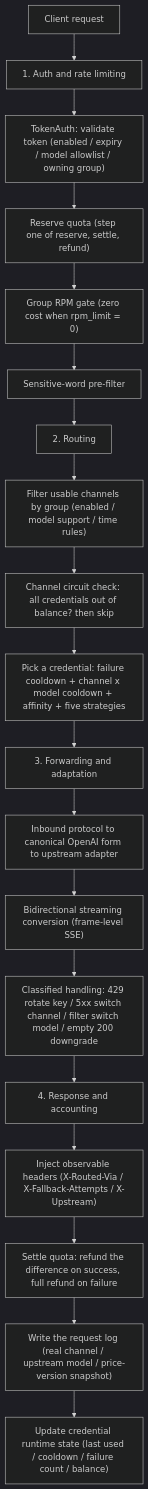
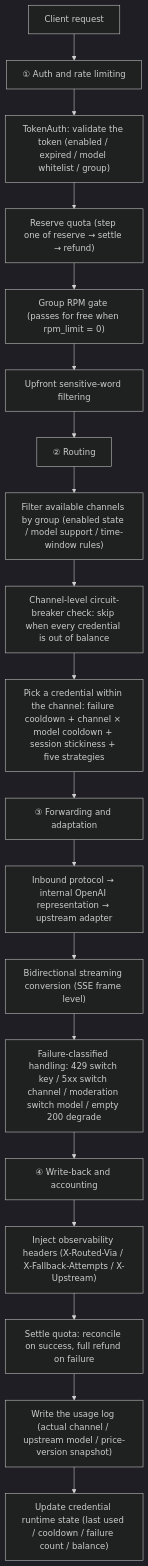
Before and after one commit to Apollohzl/AQUA-API: the fourth of 5 diagrams in README.en.md, drawn with Mermaid (dark theme). The commit also changed other lines of this file and 5 other files, not shown here.

````diff
--- a/README.en.md
+++ b/README.en.md
@@ -364,24 +364,24 @@
 ```mermaid
 flowchart TD
-    S["Client request"] --> P1["1. Auth and rate limiting"]
-    P1 --> P1a["TokenAuth: validate token (enabled / expiry / model allowlist / owning group)"]
-    P1a --> P1b["Reserve quota (step one of reserve, settle, refund)"]
-    P1b --> P1c["Group RPM gate (zero cost when rpm_limit = 0)"]
-    P1c --> P1d["Sensitive-word pre-filter"]
+    S["Client request"] --> P1["① Auth and rate limiting"]
+    P1 --> P1a["TokenAuth: validate the token (enabled / expired / model whitelist / group)"]
+    P1a --> P1b["Reserve quota (step one of reserve → settle → refund)"]
+    P1b --> P1c["Group RPM gate (passes for free when rpm_limit = 0)"]
+    P1c --> P1d["Upfront sensitive-word filtering"]
 
-    P1d --> P2["2. Routing"]
-    P2 --> P2a["Filter usable channels by group (enabled / model support / time rules)"]
-    P2a --> P2b["Channel circuit check: all credentials out of balance? then skip"]
-    P2b --> P2c["Pick a credential: failure cooldown + channel x model cooldown + affinity + five strategies"]
+    P1d --> P2["② Routing"]
+    P2 --> P2a["Filter available channels by group (enabled state / model support / time-window rules)"]
+    P2a --> P2b["Channel-level circuit-breaker check: skip when every credential is out of balance"]
+    P2b --> P2c["Pick a credential within the channel: failure cooldown + channel × model cooldown + session stickiness + five strategies"]
 
-    P2c --> P3["3. Forwarding and adaptation"]
-    P3 --> P3a["Inbound protocol to canonical OpenAI form to upstream adapter"]
-    P3a --> P3b["Bidirectional streaming conversion (frame-level SSE)"]
-    P3b --> P3c["Classified handling: 429 rotate key / 5xx switch channel / filter switch model / empty 200 downgrade"]
+    P2c --> P3["③ Forwarding and adaptation"]
+    P3 --> P3a["Inbound protocol → internal OpenAI representation → upstream adapter"]
+    P3a --> P3b["Bidirectional streaming conversion (SSE frame level)"]
+    P3b --> P3c["Failure-classified handling: 429 switch key / 5xx switch channel / moderation switch model / empty 200 degrade"]
 
-    P3c --> P4["4. Response and accounting"]
-    P4 --> P4a["Inject observable headers (X-Routed-Via / X-Fallback-Attempts / X-Upstream)"]
-    P4a --> P4b["Settle quota: refund the difference on success, full refund on failure"]
-    P4b --> P4c["Write the request log (real channel / upstream model / price-version snapshot)"]
+    P3c --> P4["④ Write-back and accounting"]
+    P4 --> P4a["Inject observability headers (X-Routed-Via / X-Fallback-Attempts / X-Upstream)"]
+    P4a --> P4b["Settle quota: reconcile on success, full refund on failure"]
+    P4b --> P4c["Write the usage log (actual channel / upstream model / price-version snapshot)"]
     P4c --> P4d["Update credential runtime state (last used / cooldown / failure count / balance)"]
 ```
````
